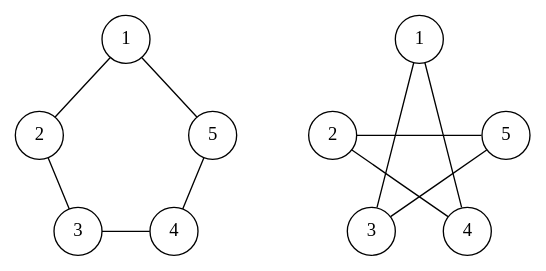
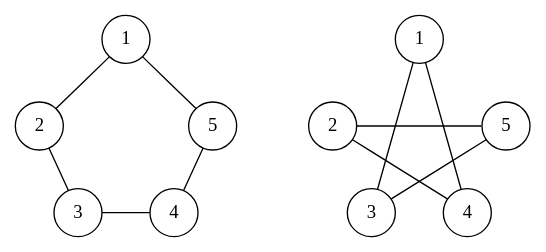
The second of 2 diagrams in src/ct0371-1/02/01/03/README.md (alek3y/cs), drawn with Graphviz before and after one commit. The commit also changed other lines of this file and 10 other files, not shown here.

````diff
--- a/src/ct0371-1/02/01/03/README.md
+++ b/src/ct0371-1/02/01/03/README.md
@@ -31,43 +31,44 @@
 ```dot process
 digraph {
+	ranksep=0.4
 	node [shape=circle]
 	edge [dir=none]
 
 	1 -> 2
 	2 -> 3
 	1 -> 3, 4 [style=invis]
 	1 -> 5
 	5 -> 4
 	{
 		rank=same
 		3 -> 4 [minlen=2]
 	}
 
 	{
 		rank=same
 		5 -> a2 [minlen=3 style=invis]
 	}
 
 	a1 -> a2 [style=invis]
 	a1 -> a3
 	a2 -> a3 [style=invis]
 	a1 -> a4
 	a1 -> a5 [style=invis]
 	a5 -> a4 [style=invis]
 	{
 		rank=same
 		a3 -> a4 [minlen=2 style=invis]
 	}
 	{
 		edge [constraint=false]
 		a2 -> a4, a5
 		a5 -> a3
 	}
 
 	a1 [label="1"]
 	a2 [label="2"]
 	a3 [label="3"]
 	a4 [label="4"]
 	a5 [label="5"]
 }
 ```
````
